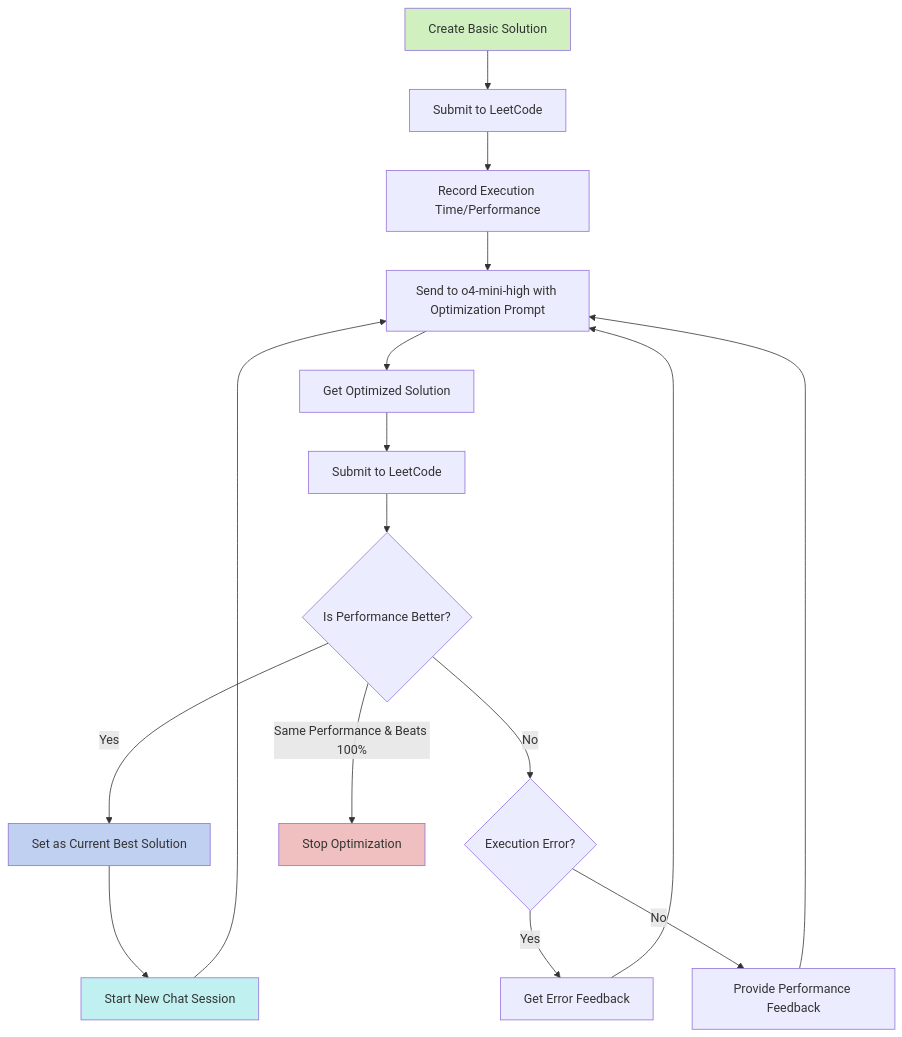
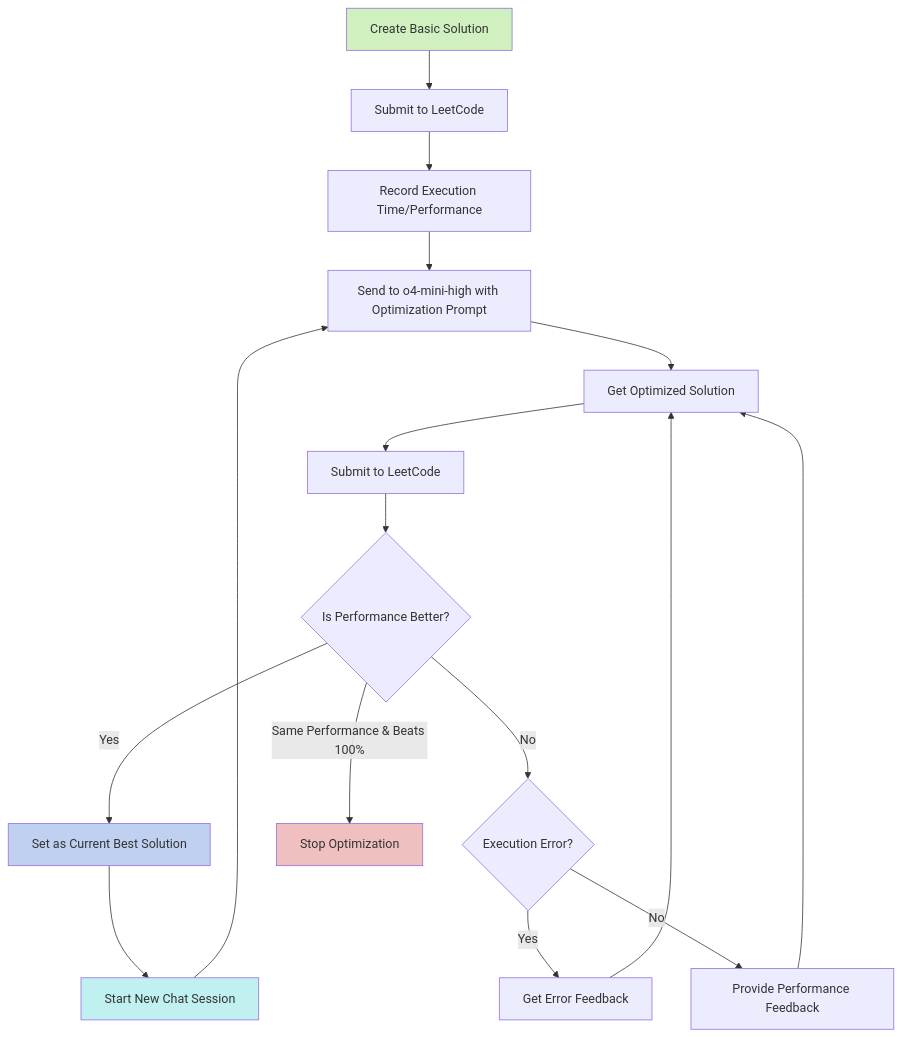
The diagram in README.md (ai-twinkle/tw-leetcode), drawn with Mermaid before and after one commit.

````diff
--- a/README.md
+++ b/README.md
@@ -17,23 +17,23 @@
 ```mermaid
 flowchart TD
     A[Create Basic Solution] --> B[Submit to LeetCode]
     B --> C[Record Execution Time/Performance]
     C --> D[Send to o4-mini-high with Optimization Prompt]
     D --> E[Get Optimized Solution]
     E --> F[Submit to LeetCode]
     F --> G{Is Performance Better?}
     G -->|Yes| H[Set as Current Best Solution]
     H --> D1[Start New Chat Session]
     D1 --> D
     G -->|No| I{Execution Error?}
     I -->|Yes| J[Get Error Feedback]
-    J --> D
+    J --> E
     I -->|No| K[Provide Performance Feedback]
-    K --> D
+    K --> E
     G -->|Same Performance & Beats 100%| L[Stop Optimization]
     
     style A fill:#d0f0c0
     style L fill:#f0c0c0
     style H fill:#c0d0f0
     style D1 fill:#c0f0f0
 ```
````
